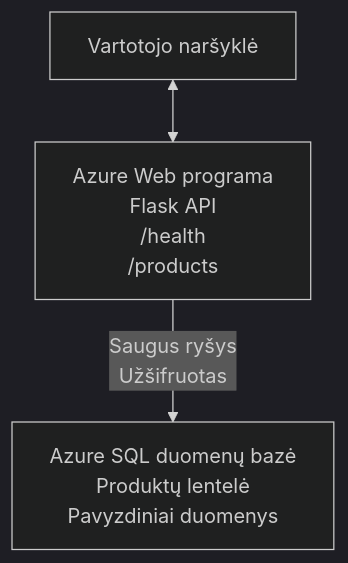
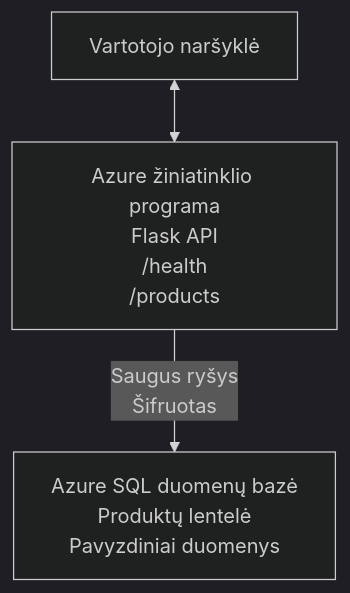
The diagram in translations/lt/examples/database-app/README.md (microsoft/AZD-for-beginners), drawn with Mermaid (dark theme) before and after one commit. The commit also changed other lines of this file and 101 other files, not shown here.

````diff
--- a/translations/lt/examples/database-app/README.md
+++ b/translations/lt/examples/database-app/README.md
@@ -72,5 +72,5 @@
 ```mermaid
 graph TD
-    Browser[Vartotojo naršyklė] <--> WebApp[Azure Web programa<br/>Flask API<br/>/health<br/>/products]
-    WebApp -- Saugus ryšys<br/>Užšifruotas --> SQL[Azure SQL duomenų bazė<br/>Produktų lentelė<br/>Pavyzdiniai duomenys]
+    Browser[Vartotojo naršyklė] <--> WebApp[Azure žiniatinklio programa<br/>Flask API<br/>/health<br/>/products]
+    WebApp -- Saugus ryšys<br/>Šifruotas --> SQL[Azure SQL duomenų bazė<br/>Produktų lentelė<br/>Pavyzdiniai duomenys]
 ```
````
